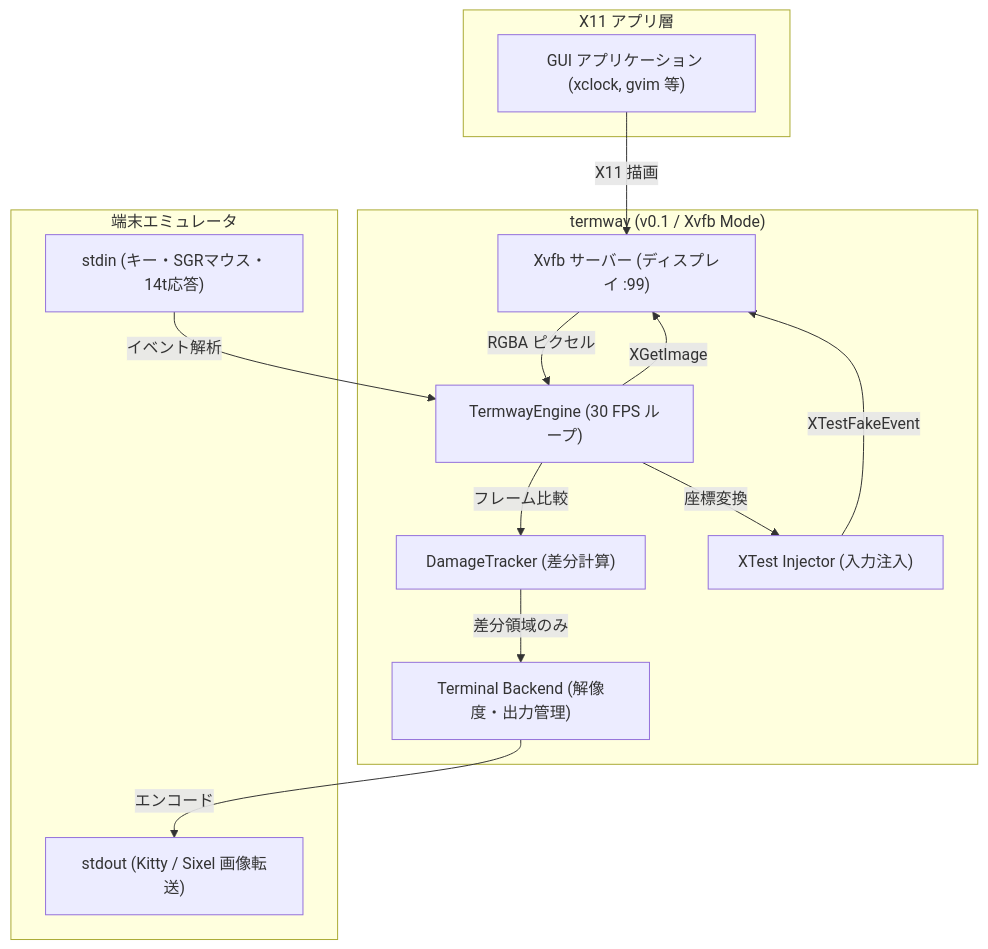
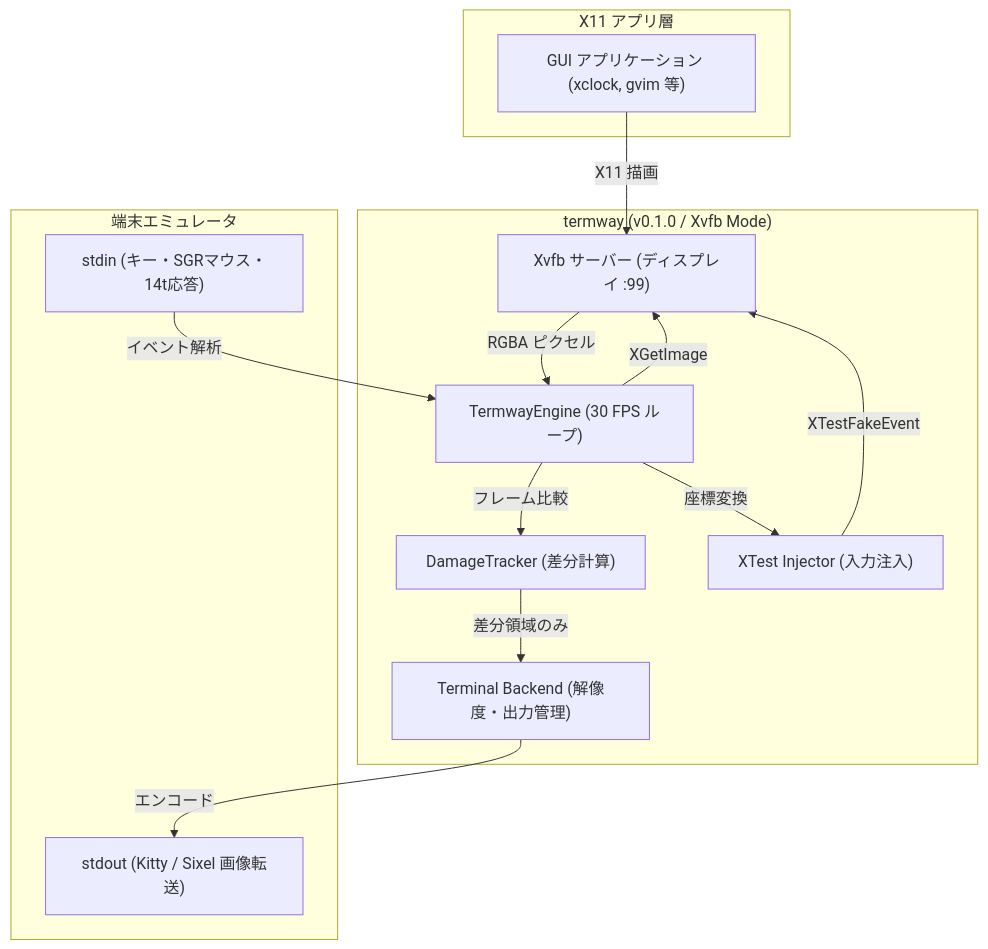
The second of 4 diagrams in docs/ARCHITECTURE.md (totatake/termway), drawn with Mermaid before and after one commit. The commit also changed other lines of this file, not shown here.

````diff
--- a/docs/ARCHITECTURE.md
+++ b/docs/ARCHITECTURE.md
@@ -198,29 +198,29 @@
 ```mermaid
 flowchart TD
     subgraph X11["X11 アプリ層"]
         App["GUI アプリケーション (xclock, gvim 等)"]
     end
 
-    subgraph termway["termway (v0.1 / Xvfb Mode)"]
+    subgraph termway["termway (v0.1.0 / Xvfb Mode)"]
         Xvfb["Xvfb サーバー (ディスプレイ :99)"]
         Engine["TermwayEngine (30 FPS ループ)"]
         Tracker["DamageTracker (差分計算)"]
         Injector["XTest Injector (入力注入)"]
         TermBackend["Terminal Backend (解像度・出力管理)"]
     end
 
     subgraph Terminal["端末エミュレータ"]
         PTYIn["stdin (キー・SGRマウス・14t応答)"]
         PTYOut["stdout (Kitty / Sixel 画像転送)"]
     end
 
     App -->|X11 描画| Xvfb
     Engine -->|XGetImage| Xvfb
     Xvfb -->|RGBA ピクセル| Engine
     Engine -->|フレーム比較| Tracker
     Tracker -->|差分領域のみ| TermBackend
     TermBackend -->|エンコード| PTYOut
     PTYIn -->|イベント解析| Engine
     Engine -->|座標変換| Injector
     Injector -->|XTestFakeEvent| Xvfb
 ```
````
